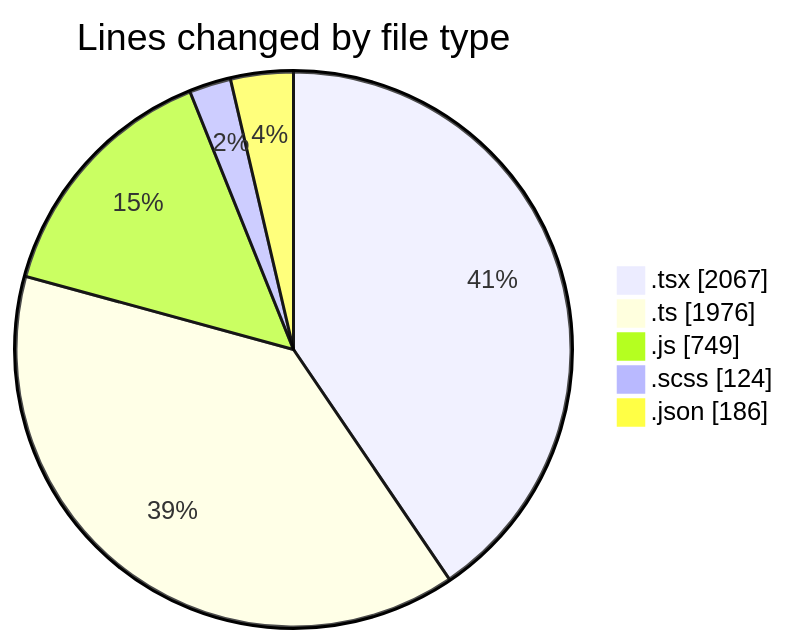
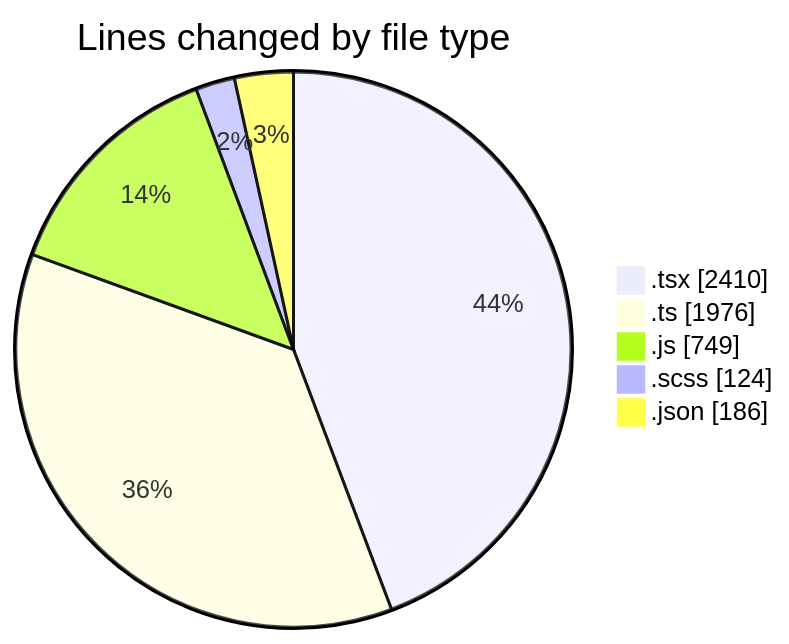
One commit to momahboobian/code-tracking changed the first of 2 diagrams in 2026-06-11/cda/README.md. Above: the diagram before and after it, drawn with Mermaid. The commit also changed other lines of this file and 1 other file, not shown here.

````diff
--- a/2026-06-11/cda/README.md
+++ b/2026-06-11/cda/README.md
@@ -53,9 +54,9 @@
 ```mermaid
 pie showData
 title Lines changed by file type
-".tsx" : 2067
+".tsx" : 2410
 ".ts" : 1976
 ".js" : 749
 ".scss" : 124
 ".json" : 186
 ```
````
